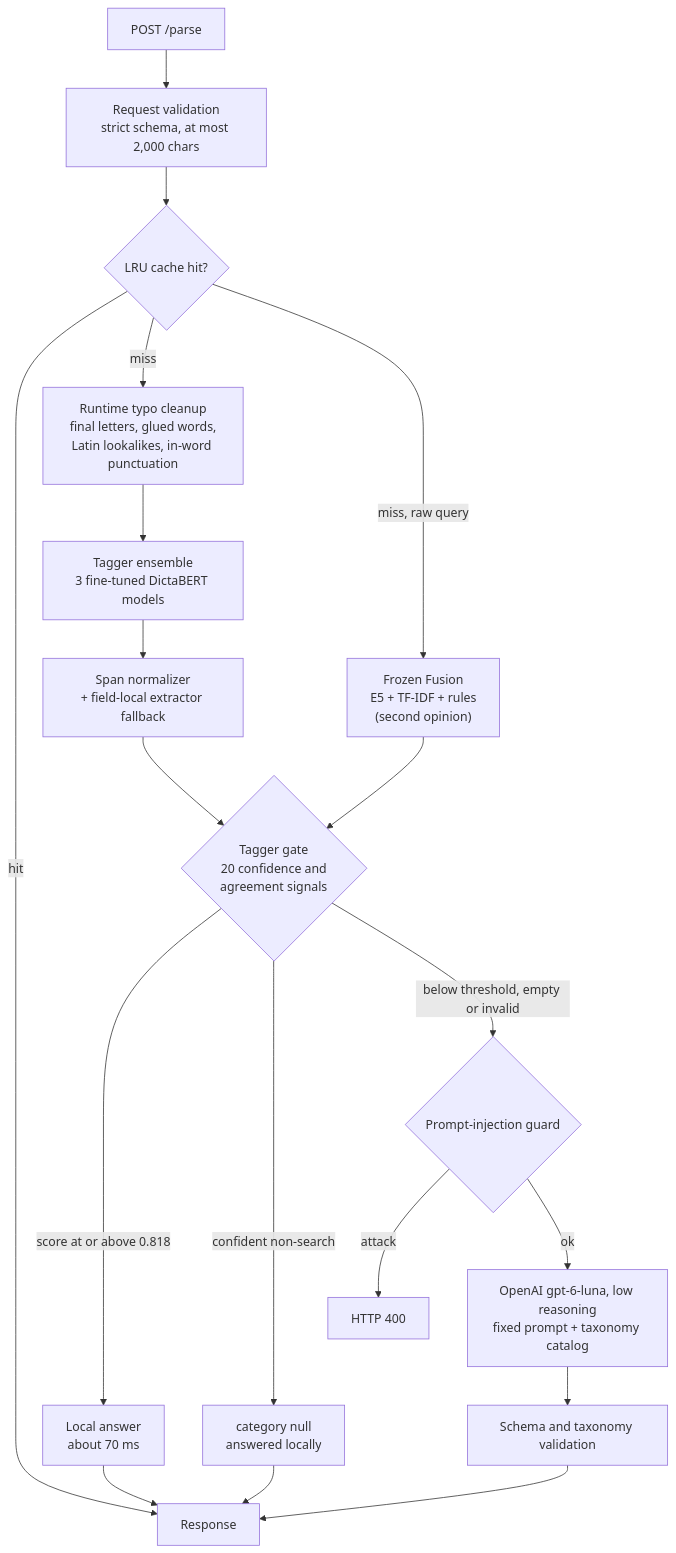
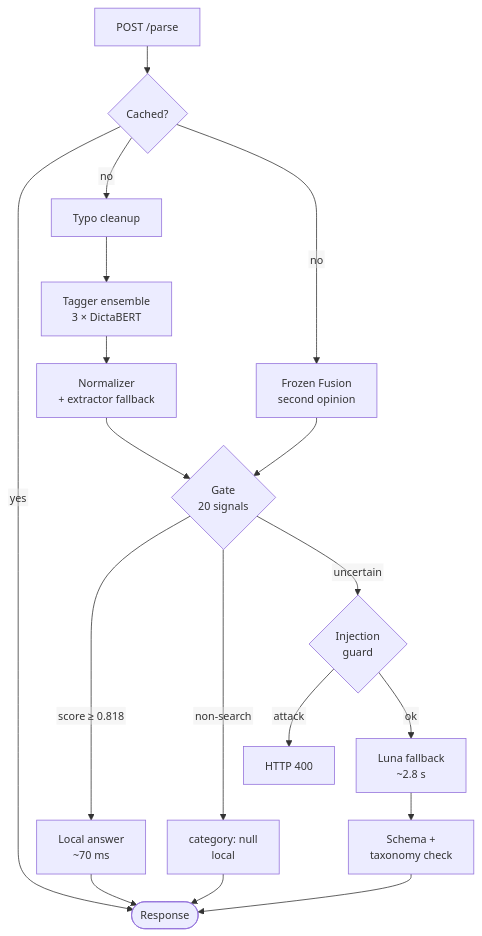
Before and after one commit to codingr47/y2_ai_engineer_home_assignment: the first of 3 diagrams in README.md, drawn with Mermaid. The commit also changed other lines of this file, not shown here.

Commit message:
diagrams aligning

````diff
--- a/README.md
+++ b/README.md
@@ -35,21 +35,21 @@
 ```mermaid
+%%{init: {"flowchart": {"htmlLabels": false, "padding": 14, "nodeSpacing": 28, "rankSpacing": 36, "curve": "basis"}, "themeVariables": {"fontFamily": "arial", "fontSize": "14px"}}}%%
 flowchart TD
-    A["POST /parse"] --> B["Request validation<br/>strict schema, at most 2,000 chars"]
-    B --> C{"LRU cache hit?"}
-    C -- "hit" --> Z["Response"]
-    C -- "miss" --> D["Runtime typo cleanup<br/>final letters, glued words,<br/>Latin lookalikes, in-word punctuation"]
-    C -- "miss, raw query" --> G["Frozen Fusion<br/>E5 + TF-IDF + rules<br/>(second opinion)"]
-    D --> E["Tagger ensemble<br/>3 fine-tuned DictaBERT models"]
-    E --> F["Span normalizer<br/>+ field-local extractor fallback"]
-    F --> H{"Tagger gate<br/>20 confidence and<br/>agreement signals"}
+    A["POST /parse"] --> C{"Cached?"}
+    C -- "yes" --> Z(["Response"])
+    C -- "no" --> D["Typo cleanup"]
+    C -- "no" --> G["Frozen Fusion<br/>second opinion"]
+    D --> E["Tagger ensemble<br/>3 × DictaBERT"]
+    E --> F["Normalizer<br/>+ extractor fallback"]
+    F --> H{"Gate<br/>20 signals"}
     G --> H
-    H -- "score at or above 0.818" --> L["Local answer<br/>about 70 ms"]
-    H -- "confident non-search" --> N["category null<br/>answered locally"]
-    H -- "below threshold, empty or invalid" --> I{"Prompt-injection guard"}
+    H -- "score ≥ 0.818" --> L["Local answer<br/>~70 ms"]
+    H -- "non-search" --> N["category: null<br/>local"]
+    H -- "uncertain" --> I{"Injection<br/>guard"}
     I -- "attack" --> X["HTTP 400"]
-    I -- "ok" --> O["OpenAI gpt-6-luna, low reasoning<br/>fixed prompt + taxonomy catalog"]
-    O --> V["Schema and taxonomy validation"]
+    I -- "ok" --> O["Luna fallback<br/>~2.8 s"]
+    O --> V["Schema +<br/>taxonomy check"]
     L --> Z
     N --> Z
     V --> Z
 ```
````
